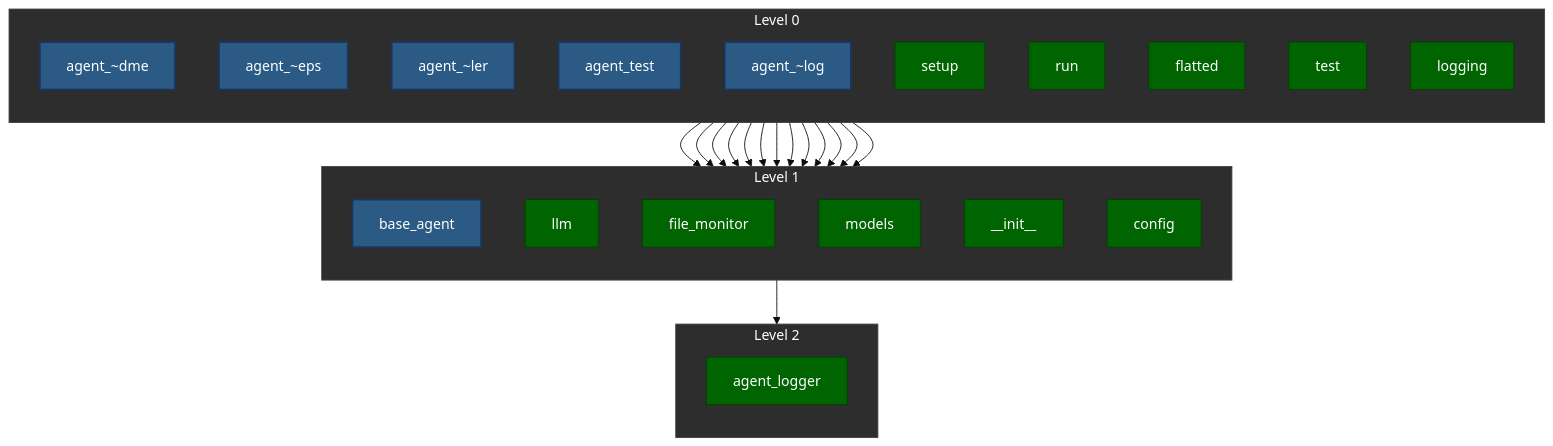
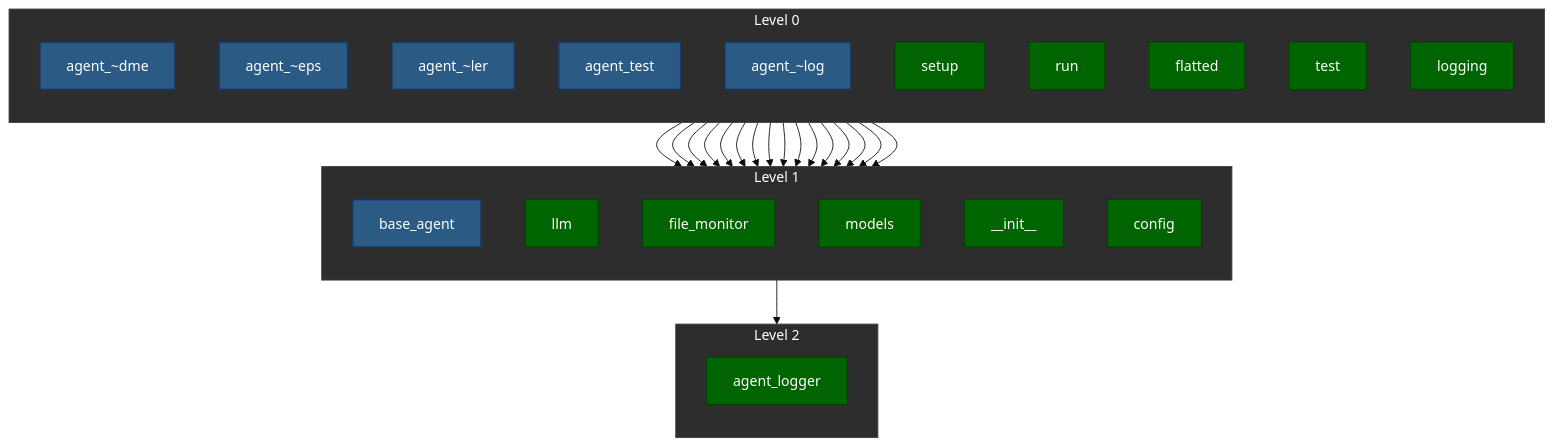
The diagram in dependency_graph.md (admica/code_swarm), drawn with Mermaid (base theme) before and after one commit. The commit also changed other lines of this file and 3 other files, not shown here.

````diff
--- a/dependency_graph.md
+++ b/dependency_graph.md
@@ -5,52 +5,56 @@
 ```mermaid
 %%{init: {'flowchart': {'nodeSpacing': 50, 'rankSpacing': 50, 'htmlLabels': true}} }%%
 flowchart TD
     %% Node styles
     classDef python fill:#2b5b84,stroke:#1a365d,color:#fff,stroke-width:2px
     classDef lua fill:#000080,stroke:#000066,color:#fff,stroke-width:2px
     classDef heavy_deps fill:#8b0000,stroke:#580000,color:#fff,stroke-width:3px
     classDef light_deps fill:#006400,stroke:#004100,color:#fff,stroke-width:1px
     classDef cluster fill:#2d2d2d,stroke:#404040,color:#fff
     subgraph level_0[Level 0]
         direction TB
         agent_code_mon_readme.py[agent_~dme]:::python
         agent_code_mon_deps.py[agent_~eps]:::python
         agent_swarm_controller.py[agent_~ler]:::python
         agent_test.py[agent_test]:::python
+        agent_code_mon_deps.py[agent_~eps]:::python
         agent_code_mon_changelog.py[agent_~log]:::python
         setup.py[setup]:::light_deps
         run.py[run]:::light_deps
         frontend_node_modules_flatted_python_flatted.py[flatted]:::light_deps
         frontend_node_modules_flatted_python_test.py[test]:::light_deps
         shared_logging.py[logging]:::light_deps
     end
     subgraph level_1[Level 1]
         direction TB
         shared_base_agent.py[base_agent]:::python
         shared_llm.py[llm]:::light_deps
         shared_file_monitor.py[file_monitor]:::light_deps
         shared_models.py[models]:::light_deps
         shared___init__.py[__init__]:::light_deps
         shared_config.py[config]:::light_deps
     end
     subgraph level_2[Level 2]
         direction TB
         shared_agent_logger.py[agent_logger]:::light_deps
     end
 
     %% Dependencies
     agent_code_mon_changelog.py --> shared___init__.py
     agent_code_mon_deps.py --> shared___init__.py
+    agent_code_mon_deps.py --> shared___init__.py
     agent_code_mon_deps.py --> shared_base_agent.py
+    agent_code_mon_deps.py --> shared_base_agent.py
+    agent_code_mon_deps.py --> shared_file_monitor.py
     agent_code_mon_deps.py --> shared_file_monitor.py
     agent_code_mon_readme.py --> shared___init__.py
     agent_code_mon_readme.py --> shared_base_agent.py
     agent_code_mon_readme.py --> shared_file_monitor.py
     agent_swarm_controller.py --> shared_config.py
     agent_swarm_controller.py --> shared_llm.py
     agent_swarm_controller.py --> shared_models.py
     agent_test.py --> shared___init__.py
     agent_test.py --> shared_base_agent.py
     agent_test.py --> shared_file_monitor.py
     shared_base_agent.py --> shared_agent_logger.py
 ```
````
